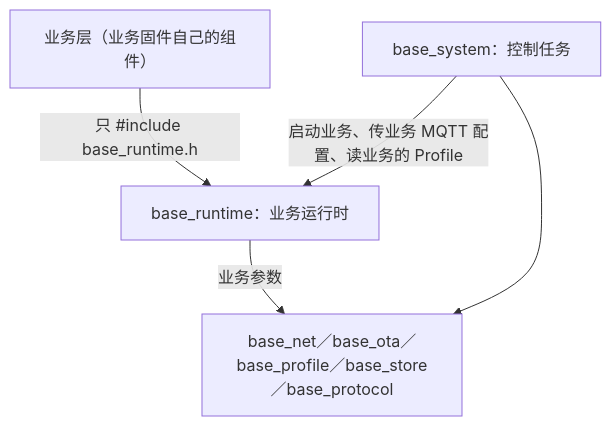
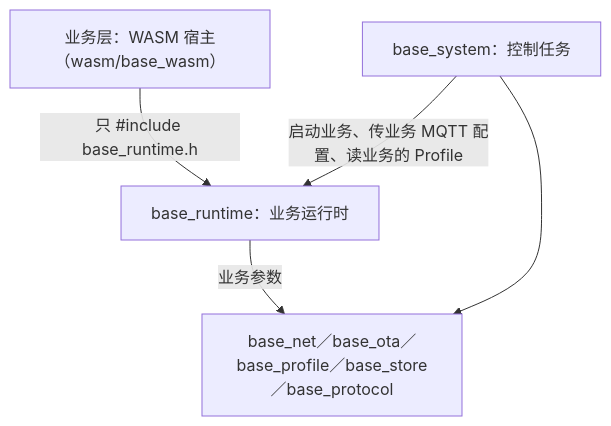
The diagram in firmware/README.md (darren-you/esp-base), drawn with Mermaid before and after one commit. The commit also changed other lines of this file and 9 other files, not shown here.

````diff
--- a/firmware/README.md
+++ b/firmware/README.md
@@ -23,7 +23,7 @@
 ```mermaid
 flowchart TB
-    business["业务层（业务固件自己的组件）"] -->|"只 #include base_runtime.h"| runtime["base_runtime：业务运行时"]
+    business["业务层：WASM 宿主（wasm/base_wasm）"] -->|"只 #include base_runtime.h"| runtime["base_runtime：业务运行时"]
     system["base_system：控制任务"] -->|"启动业务、传业务 MQTT 配置、读业务的 Profile"| runtime
     system --> services["base_net／base_ota／base_profile／base_store／base_protocol"]
     runtime -->|"业务参数"| services
 ```
````
